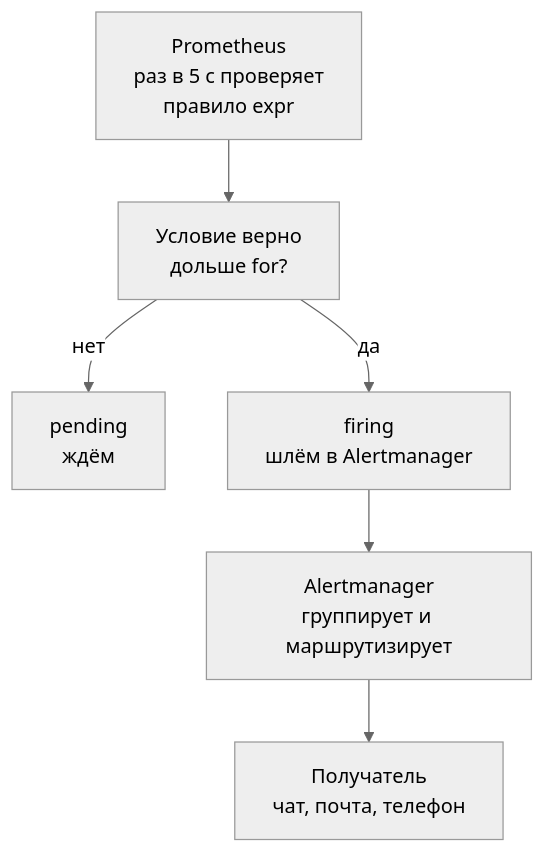
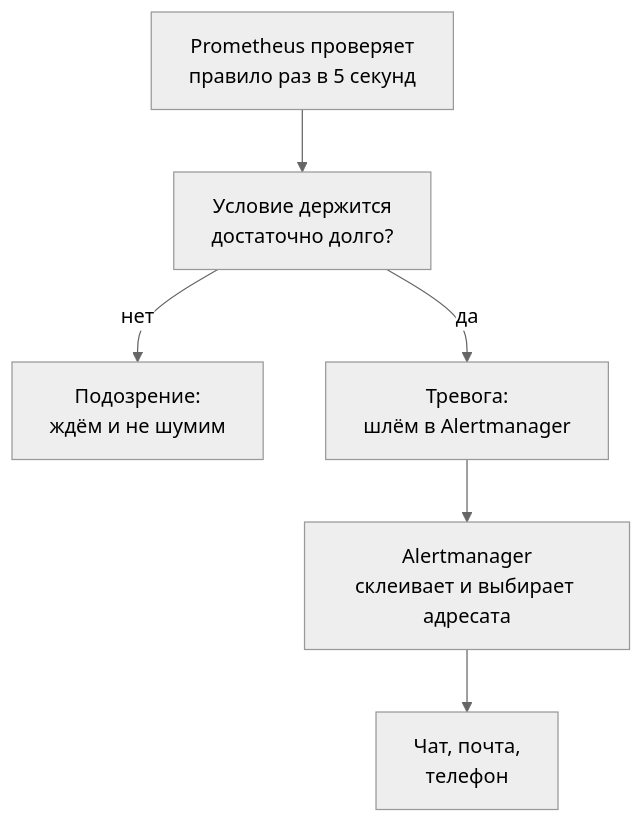
The first of 3 diagrams in 07-observability/06-alerts-incidents.md (distinguished-sre/load-tester), drawn with Mermaid (neutral theme) before and after one commit. The commit also changed other lines of this file and 6 other files, not shown here.

````diff
--- a/07-observability/06-alerts-incidents.md
+++ b/07-observability/06-alerts-incidents.md
@@ -29,8 +31,8 @@
 ```mermaid
 flowchart TD
-    A["Prometheus<br>раз в 5 с проверяет<br>правило expr"] --> B["Условие верно<br>дольше for?"]
-    B -- "нет" --> C["pending<br>ждём"]
-    B -- "да" --> D["firing<br>шлём в Alertmanager"]
-    D --> E["Alertmanager<br>группирует и маршрутизирует"]
-    E --> F["Получатель<br>чат, почта, телефон"]
+    A["Prometheus проверяет<br>правило раз в 5 секунд"] --> B["Условие держится<br>достаточно долго?"]
+    B -- "нет" --> C["Подозрение:<br>ждём и не шумим"]
+    B -- "да" --> D["Тревога:<br>шлём в Alertmanager"]
+    D --> E["Alertmanager<br>склеивает и выбирает адресата"]
+    E --> F["Чат, почта,<br>телефон"]
 ```
````
